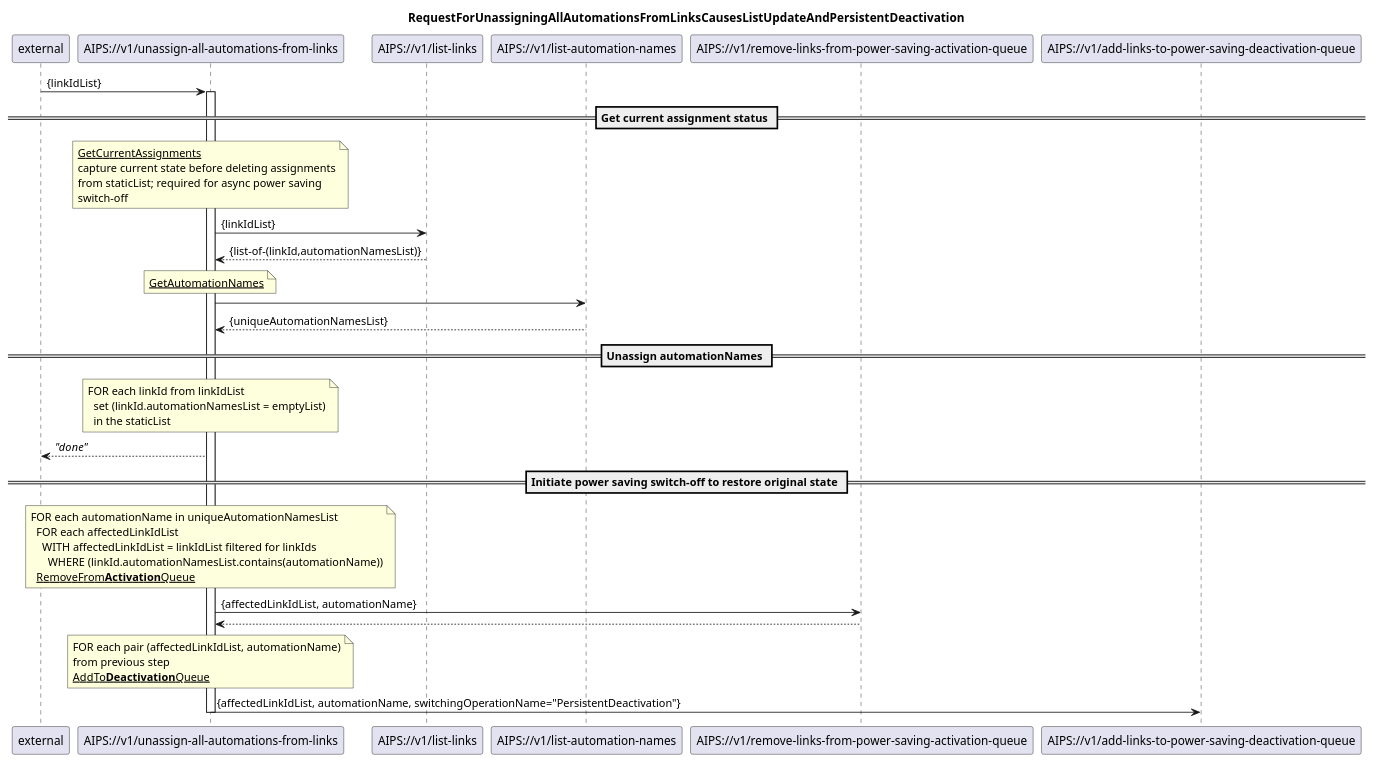
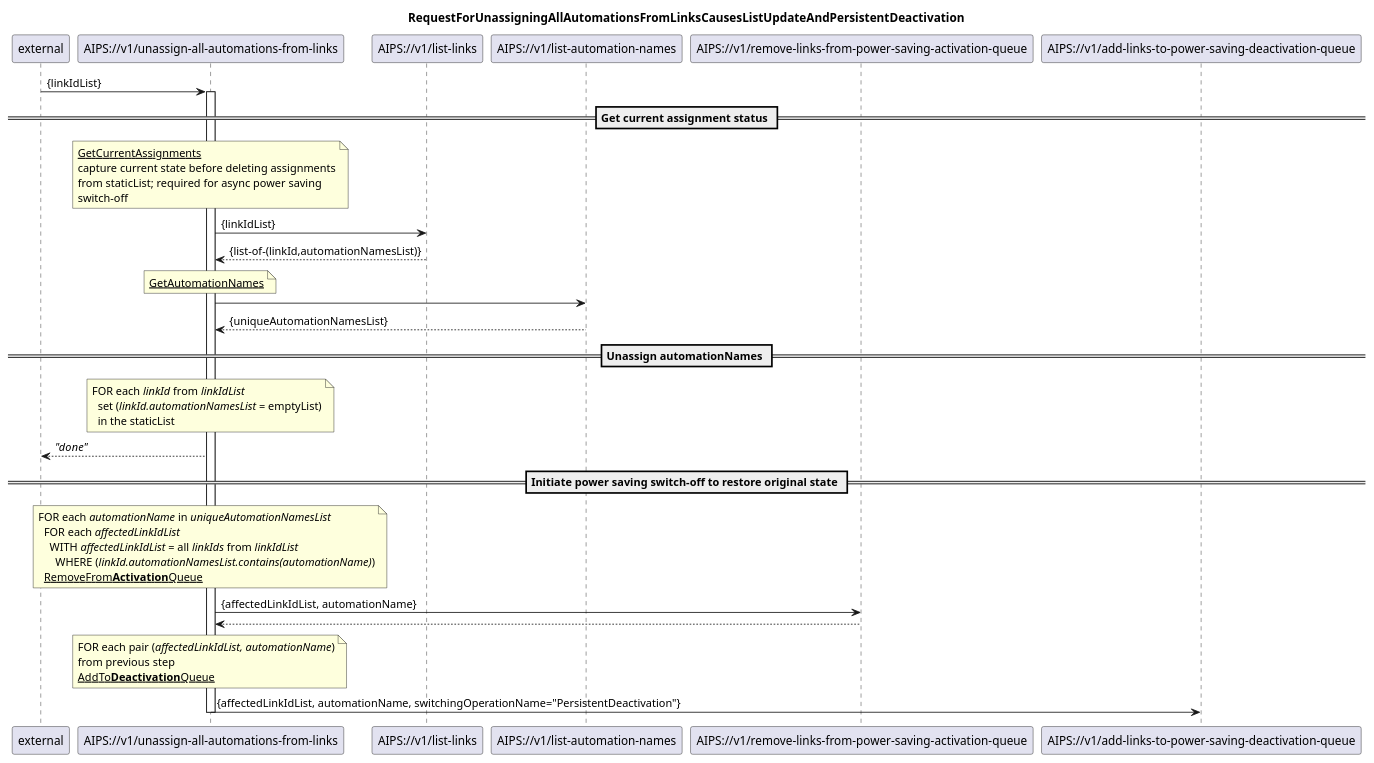
Before and after one commit to openBackhaul/AirInterfacePowerSaver: the diagram in spec/diagrams/01_AutomationManagement/b_complex services (initate restore)/104_unassignAllAutomationsFromLinks.plantuml, drawn with PlantUML. The commit also changed 3 other files, not shown here.

Commit message:
Module 01 diagrams updated

```diff
--- a/spec/diagrams/01_AutomationManagement/b_complex services (initate restore)/104_unassignAllAutomationsFromLinks.plantuml
+++ b/spec/diagrams/01_AutomationManagement/b_complex services (initate restore)/104_unassignAllAutomationsFromLinks.plantuml
@@ -1,72 +1,72 @@
 @startuml 104_unassignAllAutomationsFromLinks
 skinparam responseMessageBelowArrow true
 
 title
 RequestForUnassigningAllAutomationsFromLinksCausesListUpdateAndPersistentDeactivation
 end title
 
 participant "external" as requestor
 participant "AIPS://v1/unassign-all-automations-from-links" as unassignAutomation
 participant "AIPS://v1/list-links" as listLinks
 participant "AIPS://v1/list-automation-names" as listAutomations
 participant "AIPS://v1/remove-links-from-power-saving-activation-queue" as stopSimpleActivation
 participant "AIPS://v1/add-links-to-power-saving-deactivation-queue" as startPersistentDeactivation
 
 requestor -> unassignAutomation: {linkIdList}
 activate unassignAutomation
 
 == Get current assignment status ==
 
 'get current assignments from staticList
 note over unassignAutomation
   <u>GetCurrentAssignments</u>
   capture current state before deleting assignments
   from staticList; required for async power saving
   switch-off
 end note
 unassignAutomation -> listLinks: {linkIdList}
 listLinks --> unassignAutomation: {list-of-(linkId,automationNamesList)}
 
 'get automationNames
 note over unassignAutomation
   <u>GetAutomationNames</u>
 end note
 unassignAutomation -> listAutomations
 listAutomations --> unassignAutomation: {uniqueAutomationNamesList}
 
 == Unassign automationNames ==
 
 'update staticList by deleting automationNames
 note over unassignAutomation
-  FOR each linkId from linkIdList
-    set (linkId.automationNamesList = emptyList)
+  FOR each <i>linkId</i> from <i>linkIdList</i>
+    set (<i>linkId.automationNamesList</i> = emptyList)
     in the staticList
 end note
 unassignAutomation --> requestor: <i>"done"</i>
 
 == Initiate power saving switch-off to restore original state ==
 
 'stop ongoing/planned power saving (once per automationName)
 note over unassignAutomation
-  FOR each automationName in uniqueAutomationNamesList
-    FOR each affectedLinkIdList
-      WITH affectedLinkIdList = linkIdList filtered for linkIds
-        WHERE (linkId.automationNamesList.contains(automationName))
+  FOR each <i>automationName</i> in <i>uniqueAutomationNamesList</i>
+    FOR each <i>affectedLinkIdList</i>
+      WITH <i>affectedLinkIdList</i> = all <i>linkIds</i> from <i>linkIdList</i> 
+        WHERE (<i>linkId.automationNamesList.contains(automationName)</i>)
     <u>RemoveFrom<b>Activation</b>Queue</u>
 end note
 unassignAutomation -> stopSimpleActivation: {affectedLinkIdList, automationName}
 stopSimpleActivation --> unassignAutomation
 
 
 'initiate persistentDeactivation to turn power saving off (once per automationName)
 note over unassignAutomation
-  FOR each pair (affectedLinkIdList, automationName)
+  FOR each pair (<i>affectedLinkIdList, automationName</i>)
   from previous step
   <u>AddTo<b>Deactivation</b>Queue</u>
 end note
 unassignAutomation -> startPersistentDeactivation: {affectedLinkIdList, automationName, switchingOperationName="PersistentDeactivation"}
 
 
 deactivate unassignAutomation
 
 @enduml
```
